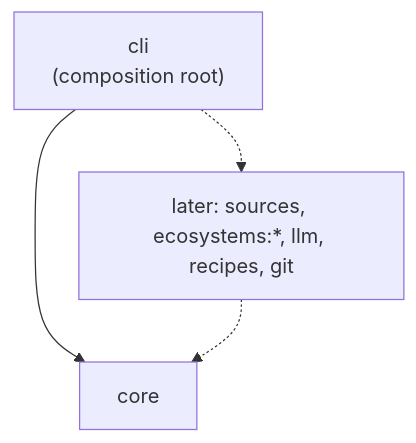
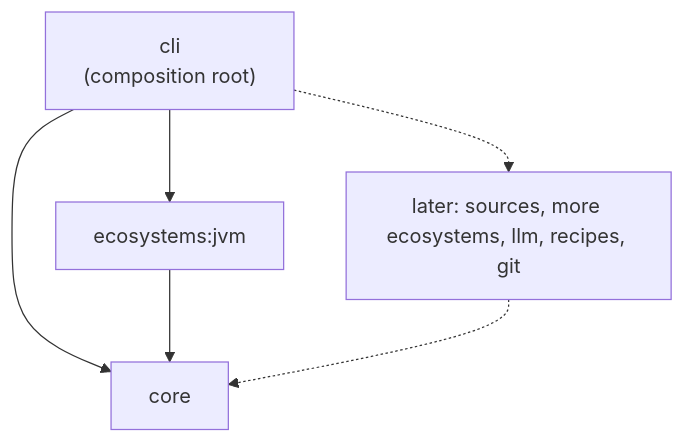
One commit to danvan86/lector-ai changed the second of 6 diagrams in docs/architecture/project-skeleton.md. Above: the diagram before and after it, drawn with Mermaid. The commit also changed other lines of this file and 3 other files, not shown here.

Commit message:
docs(architecture): document the verify pipeline and update the skeleton for M1

````diff
--- a/docs/architecture/project-skeleton.md
+++ b/docs/architecture/project-skeleton.md
@@ -45,6 +46,8 @@
 ```mermaid
 flowchart TB
     cli["cli<br/>(composition root)"] --> core
-    later["later: sources, ecosystems:*, llm, recipes, git"] -.-> core
+    jvm["ecosystems:jvm"] --> core
+    cli --> jvm
+    later["later: sources, more ecosystems, llm, recipes, git"] -.-> core
     cli -.-> later
 ```
````
